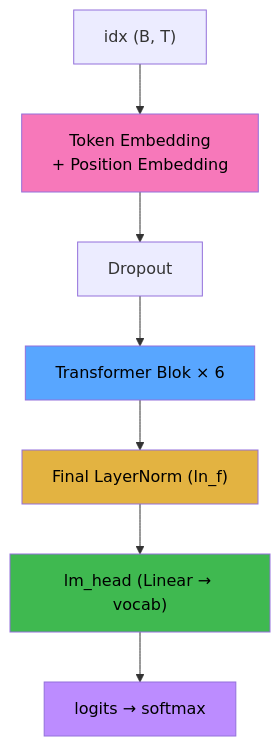
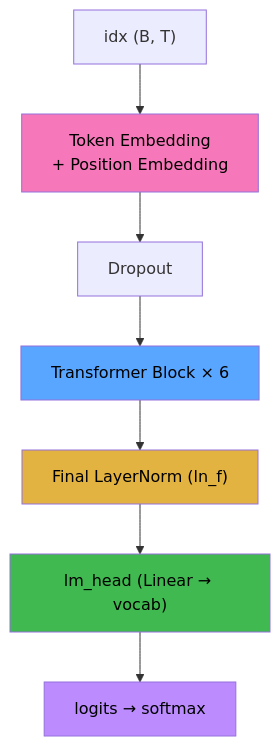
One commit to gocenalper/nano-gpt changed the fourth of 6 diagrams in README.md. Above: the diagram before and after it, drawn with Mermaid. The commit also changed other lines of this file and 3 other files, not shown here.

````diff
--- a/README.md
+++ b/README.md
@@ -198,15 +198,15 @@
 ```mermaid
 flowchart TD
     A["idx (B, T)"] --> B["Token Embedding<br/>+ Position Embedding"]
     B --> C["Dropout"]
-    C --> D["Transformer Blok × 6"]
+    C --> D["Transformer Block × 6"]
     D --> E["Final LayerNorm (ln_f)"]
     E --> F["lm_head (Linear → vocab)"]
     F --> G["logits → softmax"]
 
     style B fill:#f778ba,color:#000
     style D fill:#58a6ff,color:#000
     style E fill:#e3b341,color:#000
     style F fill:#3fb950,color:#000
     style G fill:#bc8cff,color:#000
 ```
````
